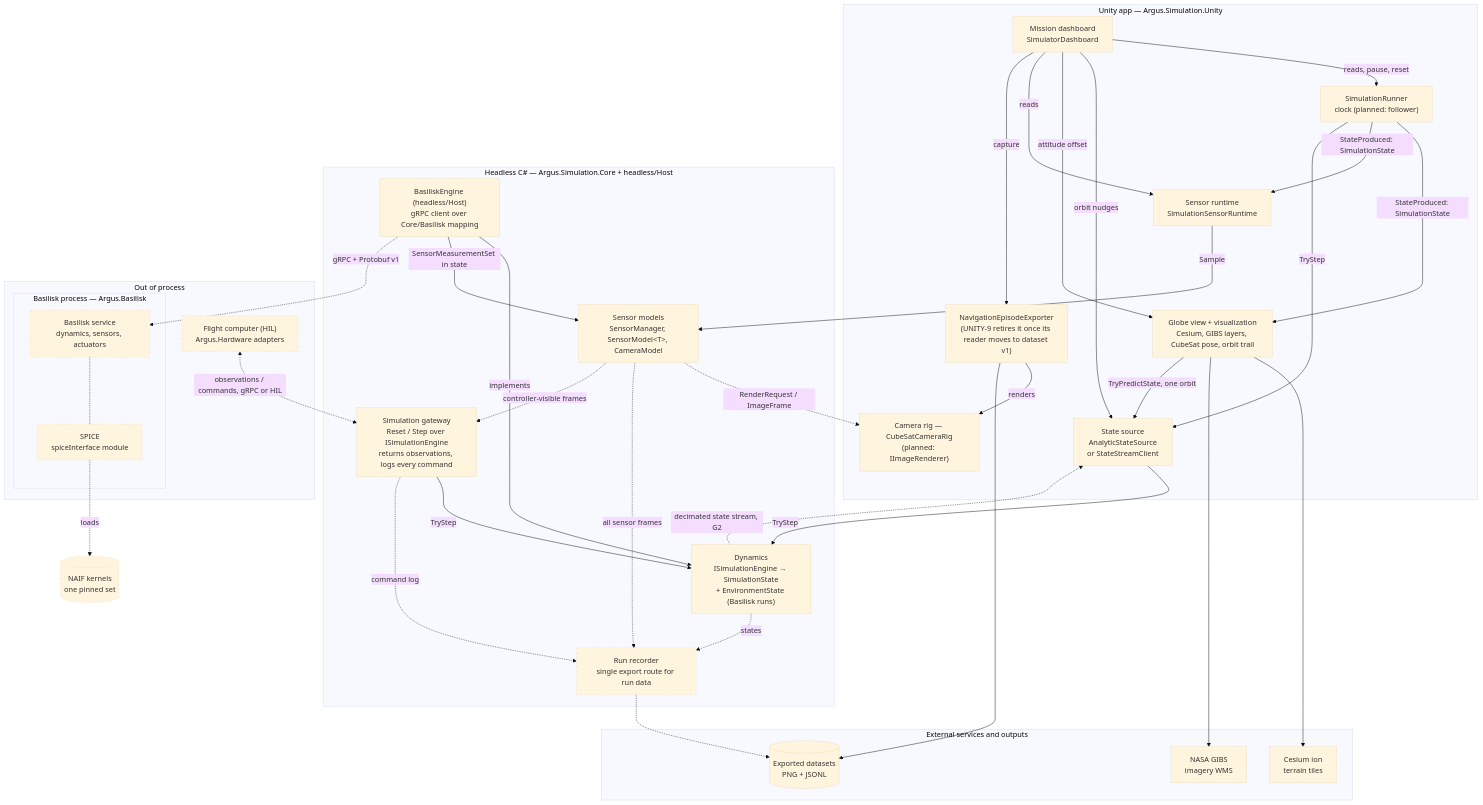
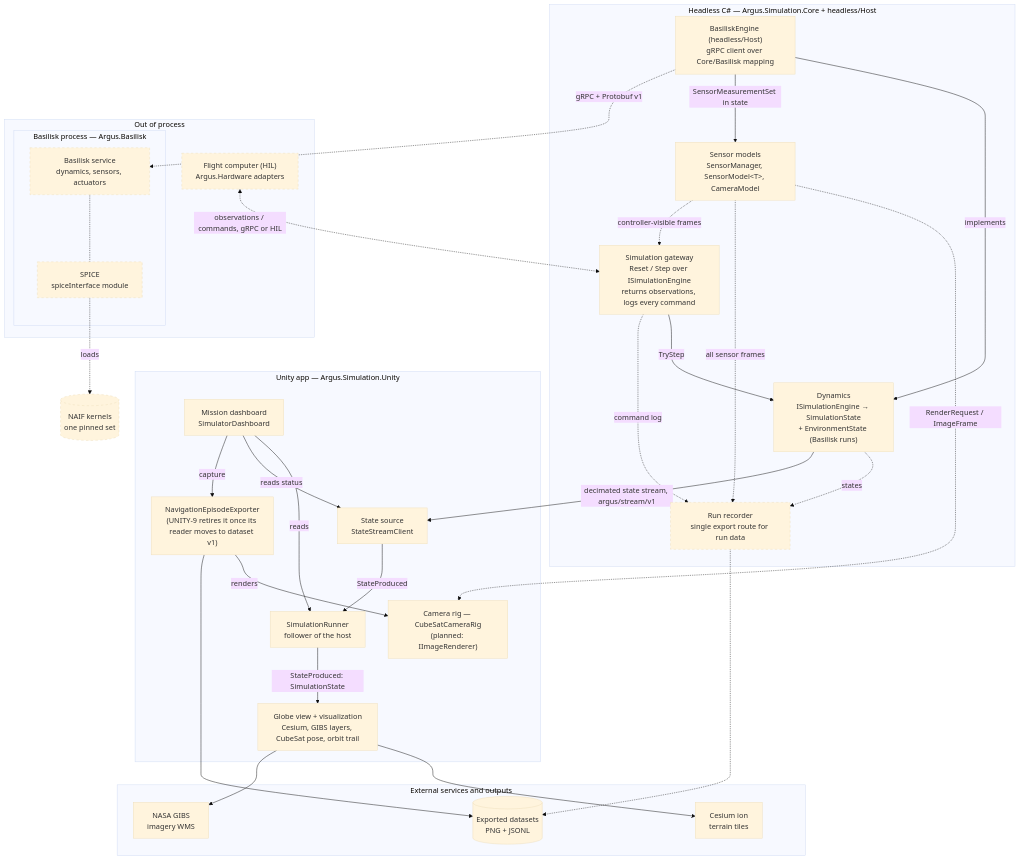
The first of 2 diagrams in docs/target-architecture.md (cmu-argus-2/argus_simulation), drawn with Mermaid (base theme) before and after one commit. The commit also changed other lines of this file and 31 other files, not shown here.

First line of the commit message:
feat(unity): make SimulationRunner follow the host only; no analytic source in Unity (UNITY-6)

````diff
--- a/docs/target-architecture.md
+++ b/docs/target-architecture.md
@@ -21,70 +21,63 @@
 ```mermaid
 flowchart TB
     subgraph EXT["External services and outputs"]
         ion["Cesium ion<br/>terrain tiles"]
         gibs["NASA GIBS<br/>imagery WMS"]
         data[("Exported datasets<br/>PNG + JSONL")]
     end
 
     subgraph UNITY["Unity app — Argus.Simulation.Unity"]
         globe["Globe view + visualization<br/>Cesium, GIBS layers, CubeSat pose, orbit trail"]
         camr["Camera rig — CubeSatCameraRig<br/>(planned: IImageRenderer)"]
-        runner["SimulationRunner<br/>clock (planned: follower)"]
-        src["State source<br/>AnalyticStateSource<br/>or StateStreamClient"]
-        sens["Sensor runtime<br/>SimulationSensorRuntime"]
+        runner["SimulationRunner<br/>follower of the host"]
+        src["State source<br/>StateStreamClient"]
         dash["Mission dashboard<br/>SimulatorDashboard"]
         exporter["NavigationEpisodeExporter<br/>(UNITY-9 retires it once its reader moves to dataset v1)"]
     end
 
     subgraph CORE["Headless C# — Argus.Simulation.Core + headless/Host"]
         dyn["Dynamics<br/>ISimulationEngine → SimulationState<br/>+ EnvironmentState (Basilisk runs)"]
         smod["Sensor models<br/>SensorManager, SensorModel&lt;T&gt;, CameraModel"]
         gate["Simulation gateway<br/>Reset / Step over ISimulationEngine<br/>returns observations, logs every command"]
         beng["BasiliskEngine (headless/Host)<br/>gRPC client over Core/Basilisk mapping"]
         rec["Run recorder<br/>single export route for run data"]
     end
 
     subgraph OOP["Out of process"]
         subgraph BSKP["Basilisk process — Argus.Basilisk"]
             bsk["Basilisk service<br/>dynamics, sensors, actuators"]
             spice["SPICE<br/>spiceInterface module"]
         end
         hil["Flight computer (HIL)<br/>Argus.Hardware adapters"]
     end
 
     naif[("NAIF kernels<br/>one pinned set")]
 
     globe --> ion
     globe --> gibs
     runner -->|StateProduced: SimulationState| globe
-    runner -->|StateProduced: SimulationState| sens
-    runner -->|TryStep| src
-    globe -->|TryPredictState, one orbit| src
-    dash -->|reads, pause, reset| runner
-    dash -->|orbit nudges| src
-    dash -->|attitude offset| globe
-    dash -->|reads| sens
+    src -->|StateProduced| runner
+    dash -->|reads| runner
+    dash -->|reads status| src
     dash -->|capture| exporter
-    src -->|TryStep| dyn
-    sens -->|Sample| smod
     gate -->|TryStep| dyn
     exporter -->|renders| camr
     exporter --> data
 
     smod -.->|RenderRequest / ImageFrame| camr
     beng -->|implements| dyn
     beng -->|SensorMeasurementSet in state| smod
     beng -.->|gRPC + Protobuf v1| bsk
     bsk -.- spice
     spice -.->|loads| naif
     dyn -.->|states| rec
-    dyn -.->|decimated state stream, G2| src
+    dyn -->|decimated state stream, argus/stream/v1| src
     smod -.->|all sensor frames| rec
     smod -.->|controller-visible frames| gate
     gate -.->|command log| rec
     hil <-.->|observations / commands, gRPC or HIL| gate
     rec -.-> data
 
     classDef planned stroke-dasharray: 5 5
     class rec,bsk,spice,hil,naif planned
 ```
````
